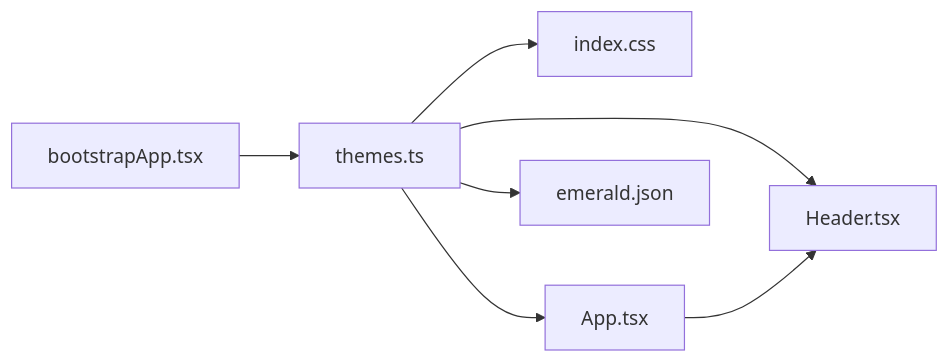
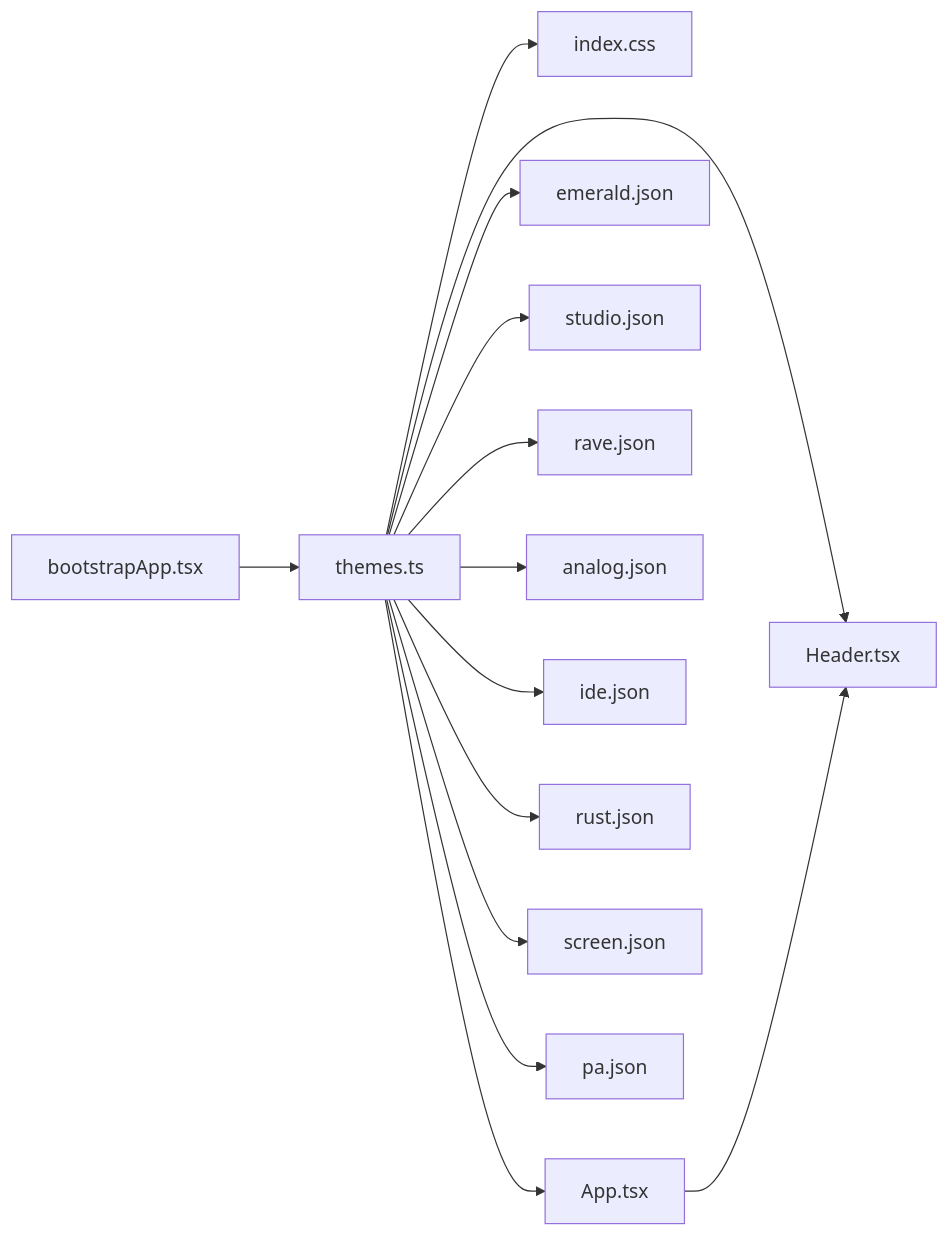
Before and after one commit to satyrlord/mixjam-electron: the seventh of 7 diagrams in .qoder/repowiki/en/content/Theming & UI System.md, drawn with Mermaid. The commit also changed other lines of this file and 2 other files, not shown here.

````diff
--- a/.qoder/repowiki/en/content/Theming & UI System.md
+++ b/.qoder/repowiki/en/content/Theming & UI System.md
@@ -328,9 +357,16 @@
 ```mermaid
 graph LR
 Themes["themes.ts"] --> CSS["index.css"]
 Themes --> Header["Header.tsx"]
 Themes --> App["App.tsx"]
 App --> Header
 Bootstrap["bootstrapApp.tsx"] --> Themes
 Themes --> Emerald["emerald.json"]
+Themes --> Studio["studio.json"]
+Themes --> Rave["rave.json"]
+Themes --> Analog["analog.json"]
+Themes --> Ide["ide.json"]
+Themes --> Rust["rust.json"]
+Themes --> Screen["screen.json"]
+Themes --> Pa["pa.json"]
 ```
````
